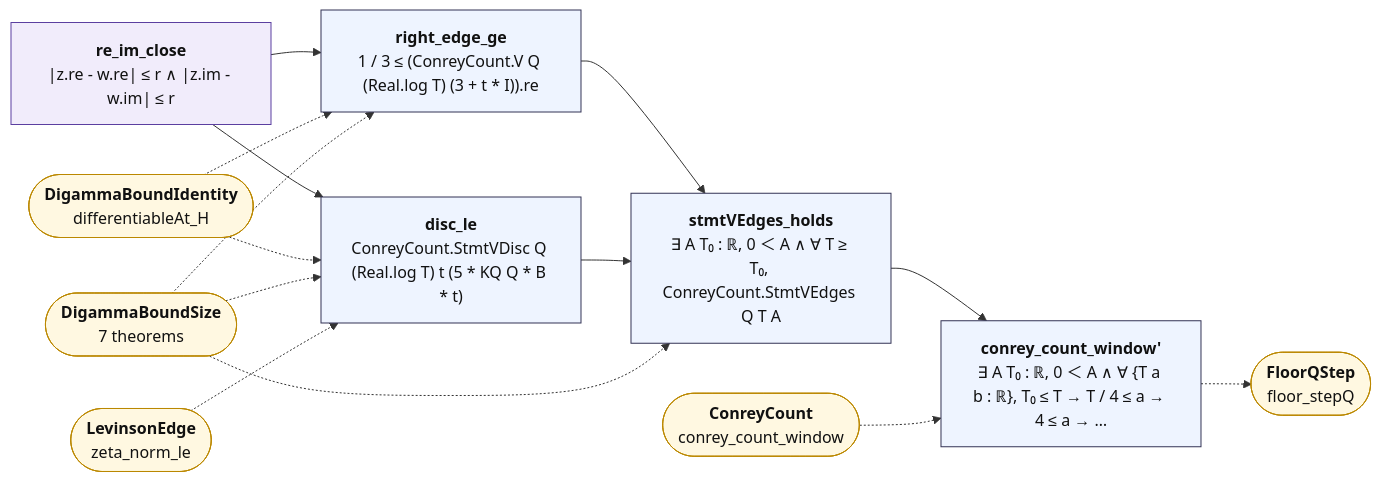
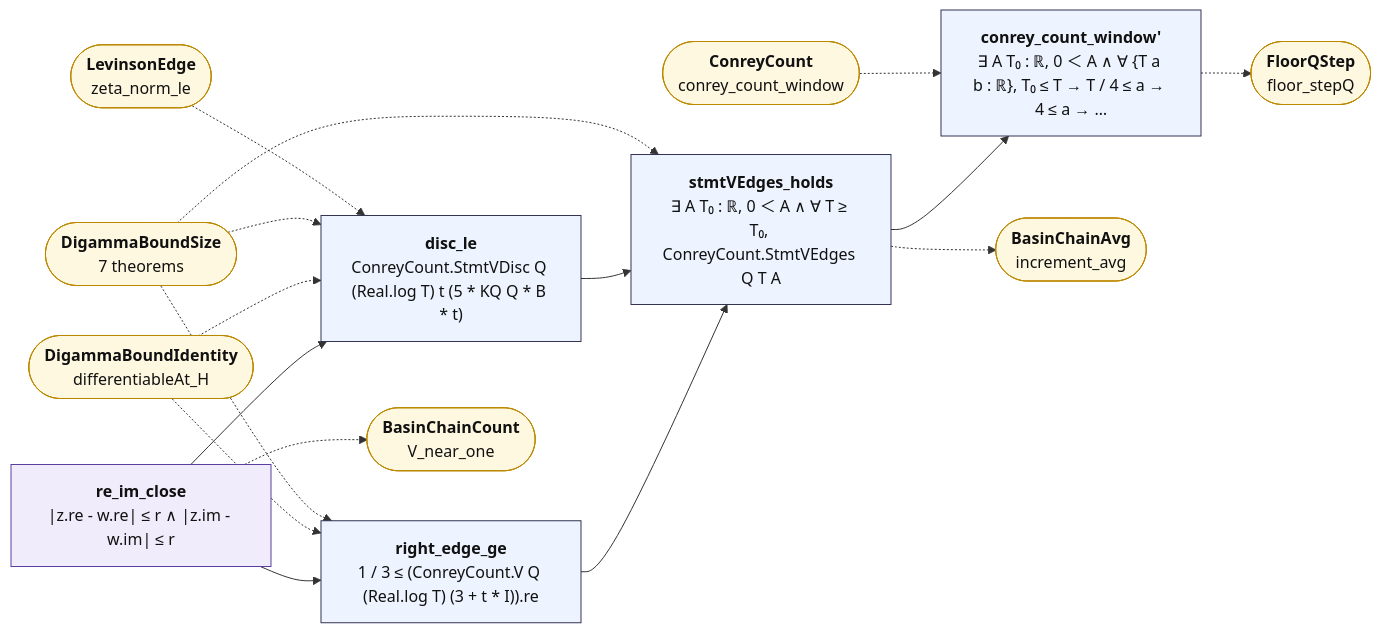
One commit to juliansambranojr/Primebeat_081426 changed the diagram in map/lean_stage3/DigammaBound.md. Above: the diagram before and after it, drawn with Mermaid. The commit also changed other lines of this file and 60 other files, not shown here.

````diff
--- a/map/lean_stage3/DigammaBound.md
+++ b/map/lean_stage3/DigammaBound.md
@@ -14,34 +14,38 @@
 ```mermaid
 flowchart LR
   n0["<b>re_im_close</b><br/>|z.re - w.re| ≤ r ∧ |z.im - w.im| ≤ r"]:::shp
   n1["<b>right_edge_ge</b><br/>1 / 3 ≤ (ConreyCount.V Q (Real.log T) (3 + t * I)).re"]:::thm
   n2["<b>disc_le</b><br/>ConreyCount.StmtVDisc Q (Real.log T) t (5 * KQ Q * B * t)"]:::thm
   n3["<b>stmtVEdges_holds</b><br/>∃ A T₀ : ℝ, 0 ＜ A ∧ ∀ T ≥ T₀, ConreyCount.StmtVEdges Q T A"]:::thm
   n4["<b>conrey_count_window'</b><br/>∃ A T₀ : ℝ, 0 ＜ A ∧ ∀ {T a b : ℝ}, T₀ ≤ T → T / 4 ≤ a → 4 ≤ a → …"]:::thm
-  x0(["<b>DigammaBoundIdentity</b><br/>differentiableAt_H"]):::ext
-  x1(["<b>DigammaBoundSize</b><br/>7 theorems"]):::ext
-  x2(["<b>LevinsonEdge</b><br/>zeta_norm_le"]):::ext
-  x3(["<b>ConreyCount</b><br/>conrey_count_window"]):::ext
-  x4(["<b>FloorQStep</b><br/>floor_stepQ"]):::ext
+  x0(["<b>BasinChainCount</b><br/>V_near_one"]):::ext
+  x1(["<b>DigammaBoundIdentity</b><br/>differentiableAt_H"]):::ext
+  x2(["<b>DigammaBoundSize</b><br/>7 theorems"]):::ext
+  x3(["<b>LevinsonEdge</b><br/>zeta_norm_le"]):::ext
+  x4(["<b>BasinChainAvg</b><br/>increment_avg"]):::ext
+  x5(["<b>ConreyCount</b><br/>conrey_count_window"]):::ext
+  x6(["<b>FloorQStep</b><br/>floor_stepQ"]):::ext
   n0 --> n1
   n0 --> n2
   n1 --> n3
   n2 --> n3
   n3 --> n4
-  n4 -.-> x4
-  x0 -.-> n1
-  x0 -.-> n2
+  n0 -.-> x0
+  n3 -.-> x4
+  n4 -.-> x6
   x1 -.-> n1
   x1 -.-> n2
-  x1 -.-> n3
+  x2 -.-> n1
   x2 -.-> n2
-  x3 -.-> n4
+  x2 -.-> n3
+  x3 -.-> n2
+  x5 -.-> n4
   classDef cnt fill:#dff5ec,stroke:#17694a,color:#111
   classDef shp fill:#f1ecfb,stroke:#5b3fa0,color:#111
   classDef rh fill:#ffe5e5,stroke:#c22,color:#111,stroke-width:2px
   classDef thm fill:#eef4ff,stroke:#335,color:#111
   classDef end_ fill:#e7f7e7,stroke:#2a7,color:#111,stroke-width:2px
   classDef lone fill:#fff,stroke:#999,color:#111,stroke-dasharray:4 3
   classDef bad fill:#ffe5e5,stroke:#c22,color:#111,stroke-width:2px
   classDef ext fill:#fff8e1,stroke:#b80,color:#111
 ```
````
